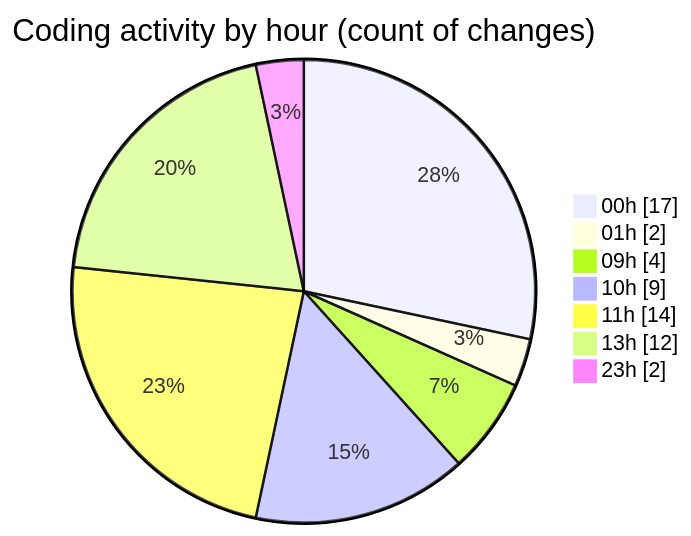
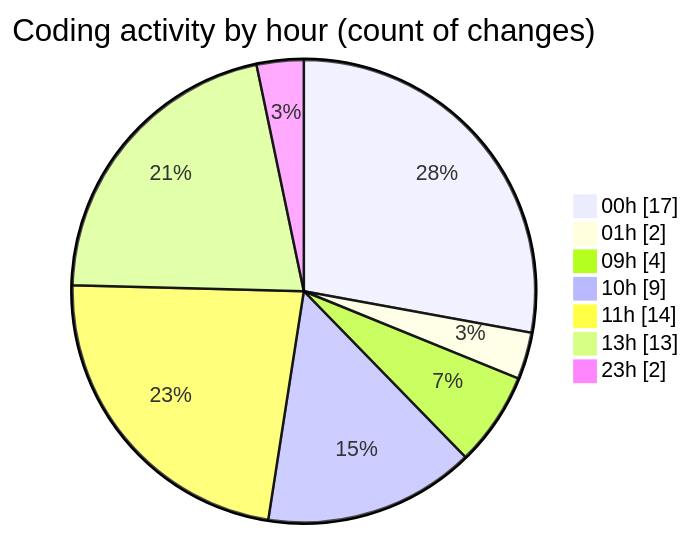
One commit to julien-gomy/code-tracking changed the second of 2 diagrams in 2025-10-29/eventscop-frontend-guide__workspace_/README.md. Above: the diagram before and after it, drawn with Mermaid. The commit also changed other lines of this file and 1 other file, not shown here.

````diff
--- a/2025-10-29/eventscop-frontend-guide__workspace_/README.md
+++ b/2025-10-29/eventscop-frontend-guide__workspace_/README.md
@@ -44,11 +45,11 @@
 ```mermaid
 pie showData
 title Coding activity by hour (count of changes)
 "00h" : 17
 "01h" : 2
 "09h" : 4
 "10h" : 9
 "11h" : 14
-"13h" : 12
+"13h" : 13
 "23h" : 2
 ```
````
